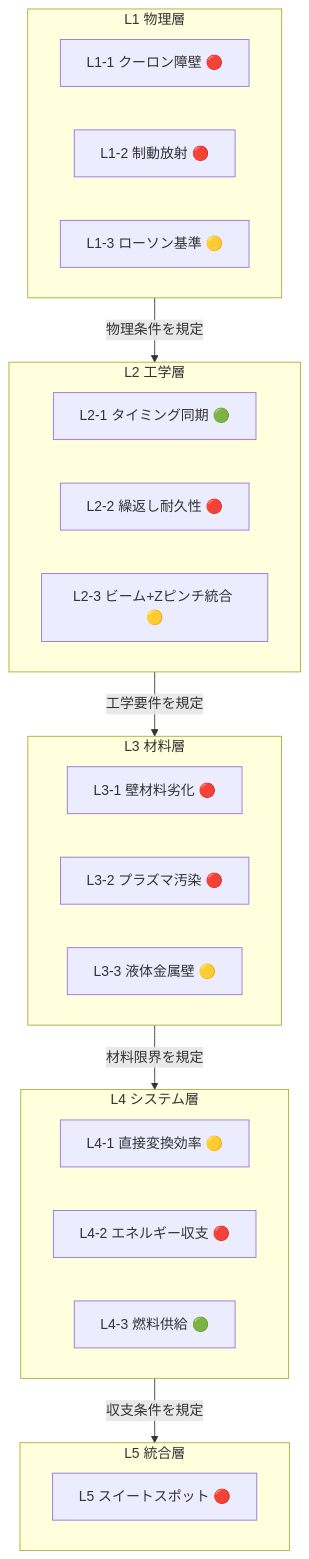
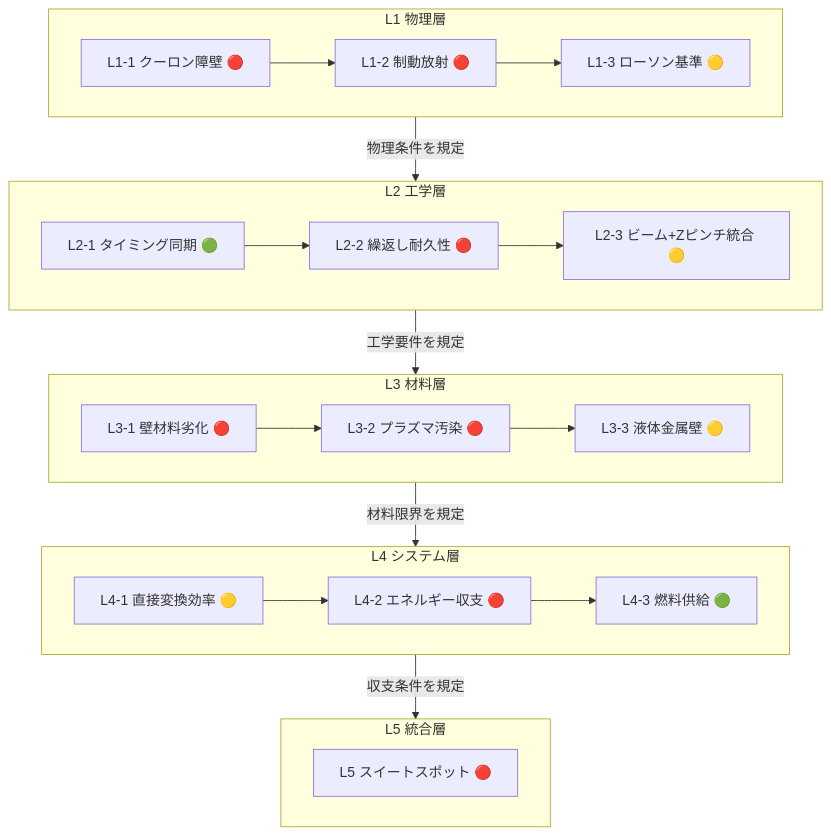
The third of 4 diagrams in yomons/overview.md (GoodRelax/pb11-fusion), drawn with Mermaid before and after one commit.

````diff
--- a/yomons/overview.md
+++ b/yomons/overview.md
@@ -680,35 +680,31 @@
 ```mermaid
-flowchart TB
+flowchart TD
     subgraph L1 ["L1 物理層"]
         direction LR
-        L1A["L1-1 クーロン障壁 🔴"]
-        L1B["L1-2 制動放射 🔴"]
-        L1C["L1-3 ローソン基準 🟡"]
+        L1A["L1-1 クーロン障壁 🔴"] --> L1B["L1-2 制動放射 🔴"] --> L1C["L1-3 ローソン基準 🟡"]
     end
+
     subgraph L2 ["L2 工学層"]
         direction LR
-        L2A["L2-1 タイミング同期 🟢"]
-        L2B["L2-2 繰返し耐久性 🔴"]
-        L2C["L2-3 ビーム+Zピンチ統合 🟡"]
+        L2A["L2-1 タイミング同期 🟢"] --> L2B["L2-2 繰返し耐久性 🔴"] --> L2C["L2-3 ビーム+Zピンチ統合 🟡"]
     end
+
     subgraph L3 ["L3 材料層"]
         direction LR
-        L3A["L3-1 壁材料劣化 🔴"]
-        L3B["L3-2 プラズマ汚染 🔴"]
-        L3C["L3-3 液体金属壁 🟡"]
+        L3A["L3-1 壁材料劣化 🔴"] --> L3B["L3-2 プラズマ汚染 🔴"] --> L3C["L3-3 液体金属壁 🟡"]
     end
+
     subgraph L4 ["L4 システム層"]
         direction LR
-        L4A["L4-1 直接変換効率 🟡"]
-        L4B["L4-2 エネルギー収支 🔴"]
-        L4C["L4-3 燃料供給 🟢"]
+        L4A["L4-1 直接変換効率 🟡"] --> L4B["L4-2 エネルギー収支 🔴"] --> L4C["L4-3 燃料供給 🟢"]
     end
+
     subgraph L5 ["L5 統合層"]
         L5A["L5 スイートスポット 🔴"]
     end
 
     L1 -->|"物理条件を規定"| L2
     L2 -->|"工学要件を規定"| L3
     L3 -->|"材料限界を規定"| L4
     L4 -->|"収支条件を規定"| L5
 ```
````
